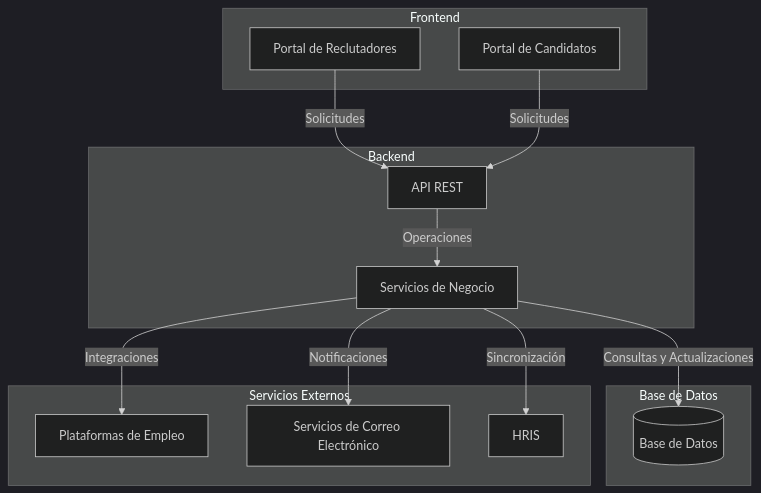
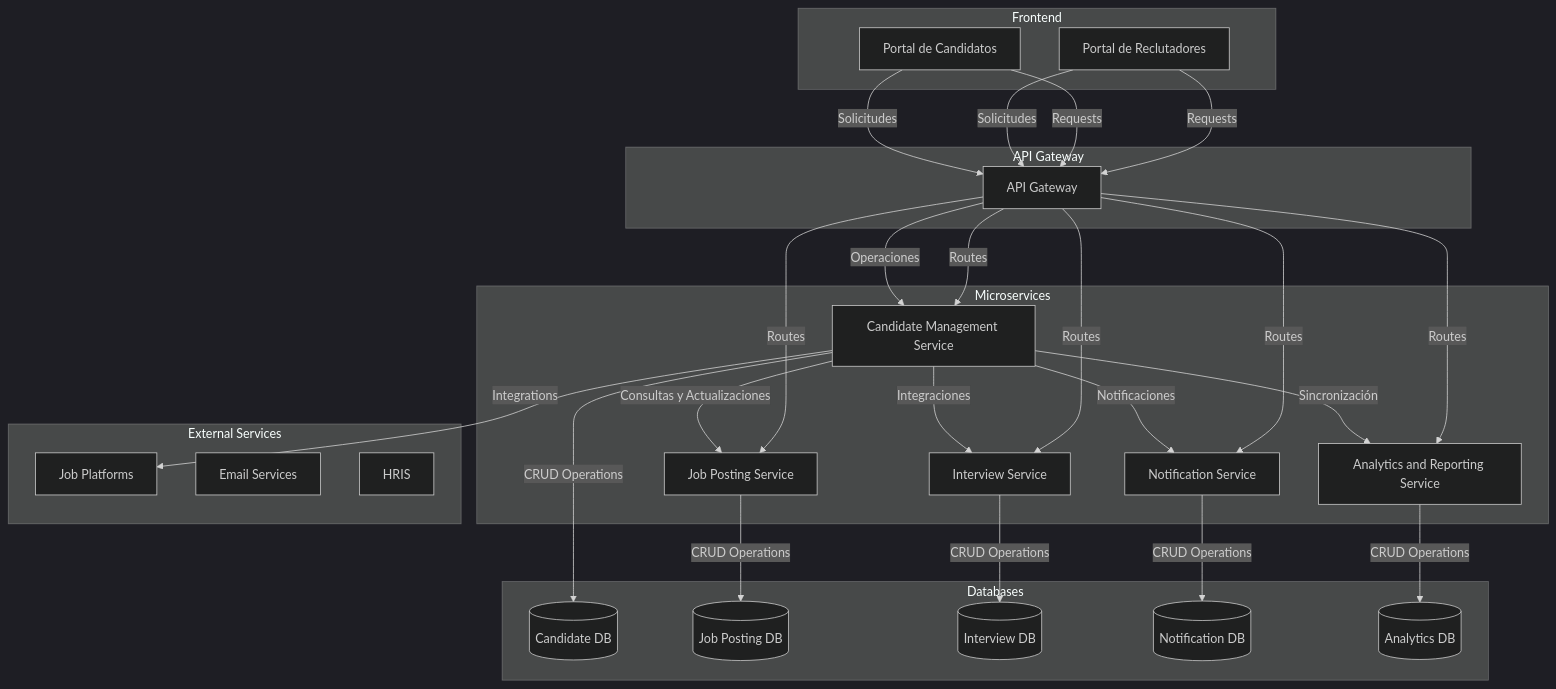
One commit to LIDR-academy/AI4Devs-design-202406 changed the sixth of 6 diagrams in LTI-RMT/LTI-RMT.md. Above: the diagram before and after it, drawn with Mermaid (dark theme). The commit also changed other lines of this file and 1 other file, not shown here.

Commit message:
Cambio de arquitectura

````diff
--- a/LTI-RMT/LTI-RMT.md
+++ b/LTI-RMT/LTI-RMT.md
@@ -218,30 +223,54 @@
 ```mermaid
 graph TD
     subgraph Frontend
         A[Portal de Reclutadores]
         B[Portal de Candidatos]
     end
 
-    subgraph Backend
-        C[API REST]
-        D[Servicios de Negocio]
+    subgraph API Gateway
+        C[API Gateway]
     end
 
-    subgraph Base de Datos
-        E[(Base de Datos)]
+    subgraph Microservices
+        D[Candidate Management Service]
+        E[Job Posting Service]
+        F[Interview Service]
+        G[Notification Service]
+        H[Analytics and Reporting Service]
     end
 
-    subgraph Servicios Externos
-        F[Plataformas de Empleo]
-        G[Servicios de Correo Electrónico]
-        H[HRIS]
+    subgraph Databases
+        I[(Candidate DB)]
+        J[(Job Posting DB)]
+        K[(Interview DB)]
+        L[(Notification DB)]
+        M[(Analytics DB)]
     end
 
+    subgraph External Services
+        N[Job Platforms]
+        O[Email Services]
+        P[HRIS]
+    end
+
+    A -->|Requests| C
+    B -->|Requests| C
+    C -->|Routes| D
+    C -->|Routes| E
+    C -->|Routes| F
+    C -->|Routes| G
+    C -->|Routes| H
+    D -->|CRUD Operations| I
+    E -->|CRUD Operations| J
+    F -->|CRUD Operations| K
+    G -->|CRUD Operations| L
+    H -->|CRUD Operations| M
+    D -->|Integrations| N
     A -->|Solicitudes| C
     B -->|Solicitudes| C
     C -->|Operaciones| D
     D -->|Consultas y Actualizaciones| E
     D -->|Integraciones| F
     D -->|Notificaciones| G
     D -->|Sincronización| H
 ```
````
